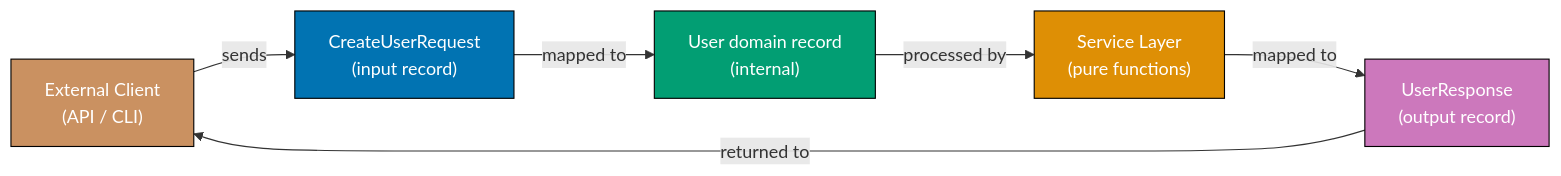
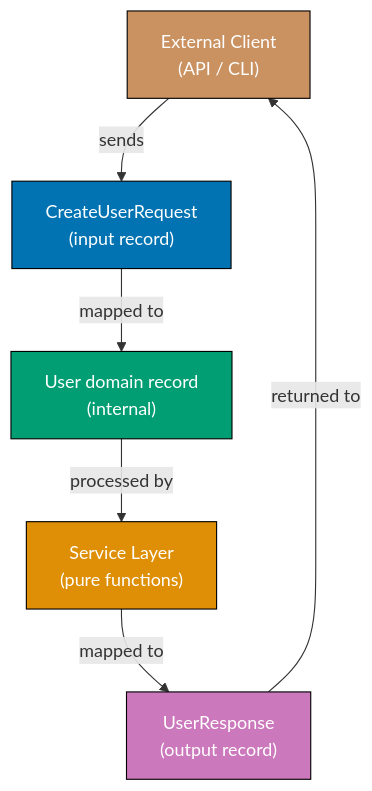
One commit to wahidyankf/baseerah changed the eighth of 9 diagrams in apps/ayokoding-www/content/en/learn/software-engineering/software-architecture/patterns-and-principles/in-fp-by-example/beginner.md. Above: the diagram before and after it, drawn with Mermaid. The commit also changed 88 other files, not shown here.

First line of the commit message:
fix(ayokoding-www): resolve pre-existing Mermaid violations, exclude fixtures/plans-done

````diff
--- a/apps/ayokoding-www/content/en/learn/software-engineering/software-architecture/patterns-and-principles/in-fp-by-example/beginner.md
+++ b/apps/ayokoding-www/content/en/learn/software-engineering/software-architecture/patterns-and-principles/in-fp-by-example/beginner.md
@@ -6926,20 +6926,20 @@
 ```mermaid
-graph LR
+graph TD
     Ext["External Client<br/>(API / CLI)"]
     DTO["CreateUserRequest<br/>(input record)"]
     Svc["Service Layer<br/>(pure functions)"]
     Domain["User domain record<br/>(internal)"]
     RespDTO["UserResponse<br/>(output record)"]
 
     Ext -->|sends| DTO
     DTO -->|mapped to| Domain
     Domain -->|processed by| Svc
     Svc -->|mapped to| RespDTO
     RespDTO -->|returned to| Ext
 
     style Ext fill:#CA9161,stroke:#000,color:#fff
     style DTO fill:#0173B2,stroke:#000,color:#fff
     style Svc fill:#DE8F05,stroke:#000,color:#fff
     style Domain fill:#029E73,stroke:#000,color:#fff
     style RespDTO fill:#CC78BC,stroke:#000,color:#fff
 ```
````
